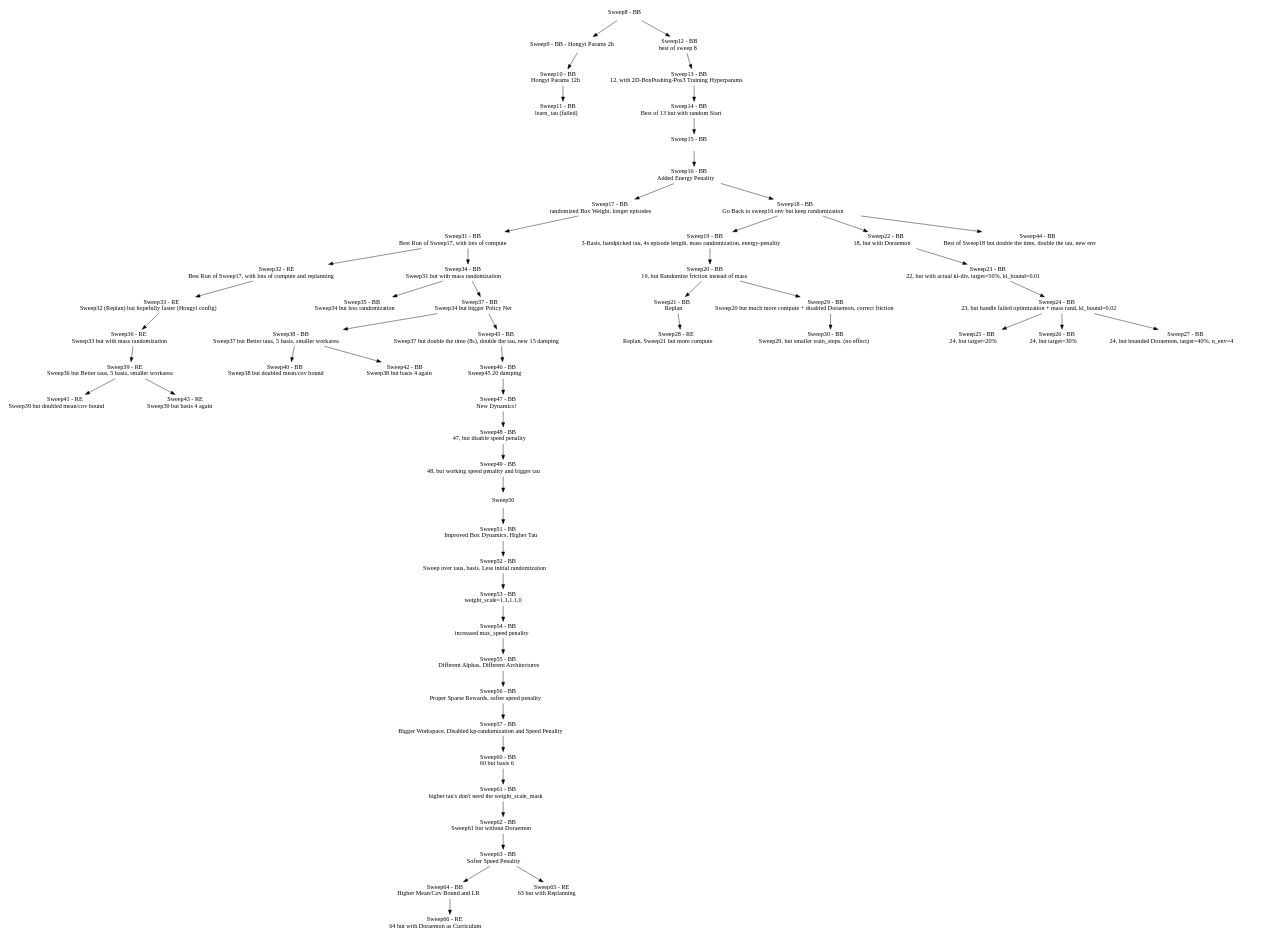
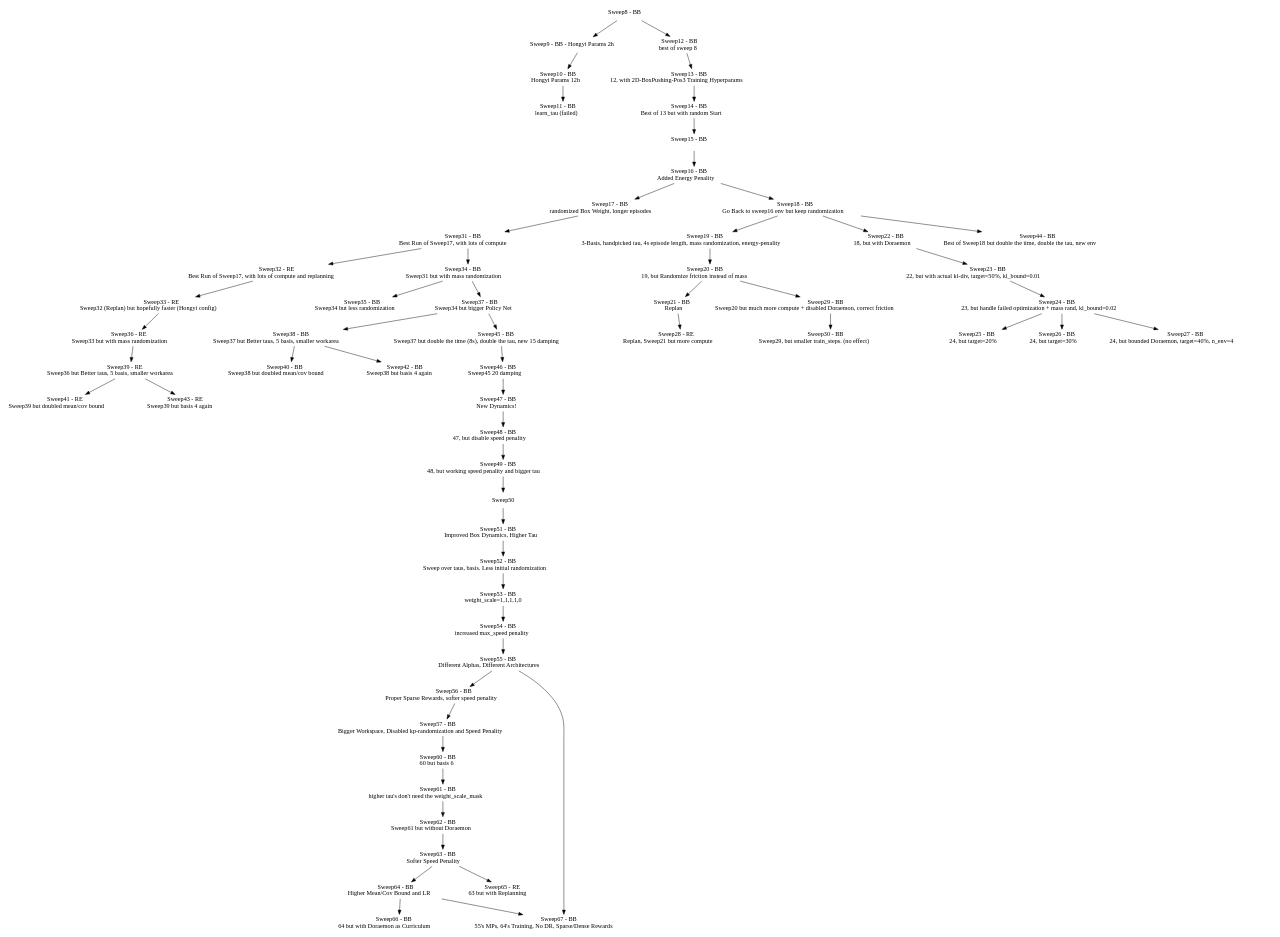
The diagram in sweeps.dot (maxmunzel/fancy_gym), drawn with Graphviz before and after one commit. The commit also changed 2 other files, not shown here.

Commit message:
Sweep67 - 55's MPs, 64's Training, No DR, Sparse/Dense Rewards

```diff
--- a/sweeps.dot
+++ b/sweeps.dot
@@ -1,118 +1,121 @@
 digraph Sweeps {
     // Nodes
     node [shape=plaintext]
     "Sweep8"  [label=<Sweep8 - BB>];
     "Sweep9"  [label=<Sweep9 - BB - Hongyi Params 2h>];
     "Sweep10" [label=<Sweep10 - BB <BR/> Hongyi Params 12h>];
     "Sweep11" [label=<Sweep11 - BB <BR/> learn_tau (failed)>];
     "Sweep12" [label=<Sweep12 - BB <BR/> best of sweep 8>];
     "Sweep13" [label=<Sweep13 - BB <BR/> 12, with 2D-BoxPushing-Pos3 Training Hyperparams>];
     "Sweep14" [label=<Sweep14 - BB <BR/> Best of 13 but with random Start>];
     "Sweep15" [label=<Sweep15 - BB <BR/> >];
     "Sweep16" [label=<Sweep16 - BB <BR/> Added Energy Penality>];
     "Sweep17" [label=<Sweep17 - BB <BR/> randomized Box Weight, longer episodes>];
     "Sweep18" [label=<Sweep18 - BB <BR/> Go Back to sweep16 env but keep randomization>];
     "Sweep19" [label=<Sweep19 - BB <BR/> 3-Basis, handpicked tau, 4s episode length, mass randomization, energy-penality>];
     "Sweep20" [label=<Sweep20 - BB <BR/> 19, but Randomize friction instead of mass>];
     "Sweep21" [label=<Sweep21 - BB <BR/> Replan>];
     "Sweep22" [label=<Sweep22 - BB <BR/> 18, but with Doraemon>];
     "Sweep23" [label=<Sweep23 - BB <BR/> 22, but with actual kl-div, target=50%, kl_bound=0.01>];
     "Sweep24" [label=<Sweep24 - BB <BR/> 23, but handle failed optimization + mass rand, kl_bound=0.02>];
     "Sweep25" [label=<Sweep25 - BB <BR/> 24, but target=20%>];
     "Sweep26" [label=<Sweep26 - BB <BR/> 24, but target=30%>];
     "Sweep27" [label=<Sweep27 - BB <BR/> 24, but bounded Doraemon, target=40%, n_env=4>];
     "Sweep28" [label=<Sweep28 - RE <BR/> Replan, Sweep21 but more compute>];
     "Sweep29" [label=<Sweep29 - BB <BR/> Sweep20 but much more compute + disabled Doraemon, correct friction>];
     "Sweep30" [label=<Sweep30 - BB <BR/> Sweep29, but smaller train_steps. (no effect)>];
     "Sweep31" [label=<Sweep31 - BB <BR/> Best Run of Sweep17, with lots of compute>];
     "Sweep32" [label=<Sweep32 - RE <BR/> Best Run of Sweep17, with lots of compute and replanning>];
     "Sweep33" [label=<Sweep33 - RE <BR/> Sweep32 (Replan) but hopefully faster (Hongyi config)>];
     "Sweep34" [label=<Sweep34 - BB <BR/> Sweep31 but with mass randomization>];
     "Sweep35" [label=<Sweep35 - BB <BR/> Sweep34 but less randomization>];
     "Sweep36" [label=<Sweep36 - RE <BR/> Sweep33 but with mass randomization>];
     "Sweep37" [label=<Sweep37 - BB <BR/> Sweep34 but bigger Policy Net>];
     "Sweep38" [label=<Sweep38 - BB <BR/> Sweep37 but Better taus, 5 basis, smaller workarea>];
     "Sweep39" [label=<Sweep39 - RE <BR/> Sweep36 but Better taus, 5 basis, smaller workarea>];
     "Sweep40" [label=<Sweep40 - BB <BR/> Sweep38 but doubled mean/cov bound>];
     "Sweep41" [label=<Sweep41 - RE <BR/> Sweep39 but doubled mean/cov bound>];
     "Sweep42" [label=<Sweep42 - BB <BR/> Sweep38 but basis 4 again>];
     "Sweep43" [label=<Sweep43 - RE <BR/> Sweep39 but basis 4 again>];
     "Sweep44" [label=<Sweep44 - BB <BR/> Best of Sweep18 but double the time, double the tau, new env>];
     "Sweep45" [label=<Sweep45 - BB <BR/> Sweep37 but double the time (8s), double the tau, new 15 damping>];
     "Sweep46" [label=<Sweep46 - BB <BR/> Sweep45 20 damping>];
     "Sweep47" [label=<Sweep47 - BB <BR/> New Dynamics! >];
     "Sweep48" [label=<Sweep48 - BB <BR/> 47, but disable speed penality  >];
     "Sweep49" [label=<Sweep49 - BB <BR/> 48, but working speed penality and bigger tau  >];
     "Sweep51" [label=<Sweep51 - BB <BR/> Improved Box Dynamics, Higher Tau>];
     "Sweep52" [label=<Sweep52 - BB <BR/> Sweep over taus, basis. Less initial randomization>];
     "Sweep53" [label=<Sweep53 - BB <BR/> weight_scale=1,1,1,1,0 >];
     "Sweep54" [label=<Sweep54 - BB <BR/> increased max_speed penality>];
     "Sweep55" [label=<Sweep55 - BB <BR/> Different Alphas, Different Architectures>];
     "Sweep56" [label=<Sweep56 - BB <BR/> Proper Sparse Rewards, softer speed penality>];
     "Sweep57" [label=<Sweep57 - BB <BR/> Bigger Workspace, Disabled kp-randomization and Speed Penality>];
     "Sweep60" [label=<Sweep60 - BB <BR/> 60 but basis 6>];
     "Sweep61" [label=<Sweep61 - BB <BR/> higher tau's don't need the weight_scale_mask>];
     "Sweep62" [label=<Sweep62 - BB <BR/> Sweep61 but without Doraemon>];
     "Sweep63" [label=<Sweep63 - BB <BR/> Softer Speed Penality >];
     "Sweep64" [label=<Sweep64 - BB <BR/> Higher Mean/Cov Bound and LR >];
     "Sweep65" [label=<Sweep65 - RE <BR/> 63 but with Replanning >];
-    "Sweep66" [label=<Sweep66 - RE <BR/> 64 but with Doraemon as Curriculum >];
+    "Sweep66" [label=<Sweep66 - BB <BR/> 64 but with Doraemon as Curriculum >];
+    "Sweep67" [label=<Sweep67 - BB <BR/> 55's MPs, 64's Training, No DR, Sparse/Dense Rewards >];
 
     // Edges
     "Sweep8" -> "Sweep9"
     "Sweep9" -> "Sweep10"
     "Sweep10" -> "Sweep11"
     "Sweep8" -> "Sweep12"
     "Sweep12" -> "Sweep13"
     "Sweep13" -> "Sweep14"
     "Sweep16" -> "Sweep18"
     "Sweep18" -> "Sweep19"
     "Sweep19" -> "Sweep20"
     "Sweep21" -> "Sweep28"
     "Sweep20" -> "Sweep29"
     "Sweep29" -> "Sweep30"
     "Sweep17" -> "Sweep31"
     "Sweep31" -> "Sweep32"
     "Sweep32" -> "Sweep33"
     "Sweep31" -> "Sweep34"
     "Sweep34" -> "Sweep35"
     "Sweep33" -> "Sweep36"
     "Sweep34" -> "Sweep37"
     "Sweep37" -> "Sweep38"
     "Sweep36" -> "Sweep39"
     "Sweep38" -> "Sweep40"
     "Sweep39" -> "Sweep41"
     "Sweep38" -> "Sweep42"
     "Sweep39" -> "Sweep43"
     "Sweep18" -> "Sweep22"
     "Sweep22" -> "Sweep23"
     "Sweep23" -> "Sweep24"
     "Sweep24" -> "Sweep25"
     "Sweep24" -> "Sweep26"
     "Sweep24" -> "Sweep27"
     "Sweep18" -> "Sweep44"
     "Sweep14" -> "Sweep15"
     "Sweep15" -> "Sweep16"
     "Sweep16" -> "Sweep17"
     "Sweep20" -> "Sweep21"
     "Sweep37" -> "Sweep45"
     "Sweep45" -> "Sweep46"
     "Sweep46" -> "Sweep47"
     "Sweep47" -> "Sweep48"
     "Sweep48" -> "Sweep49"
     "Sweep49" -> "Sweep50"
     "Sweep50" -> "Sweep51"
     "Sweep51" -> "Sweep52"
     "Sweep52" -> "Sweep53"
     "Sweep53" -> "Sweep54"
     "Sweep54" -> "Sweep55"
     "Sweep55" -> "Sweep56"
     "Sweep56" -> "Sweep57"
     "Sweep57" -> "Sweep60"
     "Sweep60" -> "Sweep61"
     "Sweep61" -> "Sweep62"
     "Sweep62" -> "Sweep63"
     "Sweep63" -> "Sweep64"
     "Sweep63" -> "Sweep65"
     "Sweep64" -> "Sweep66"
+    "Sweep55" -> "Sweep67"
+    "Sweep64" -> "Sweep67"
 }
```
